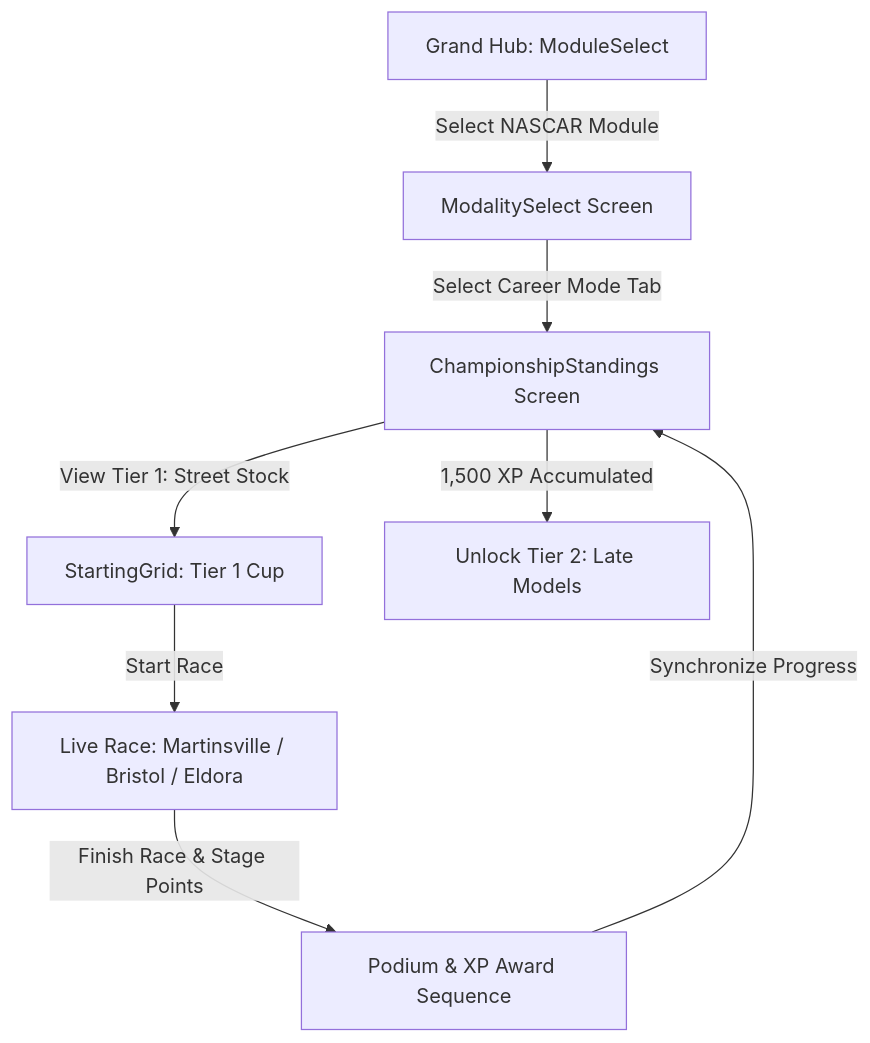
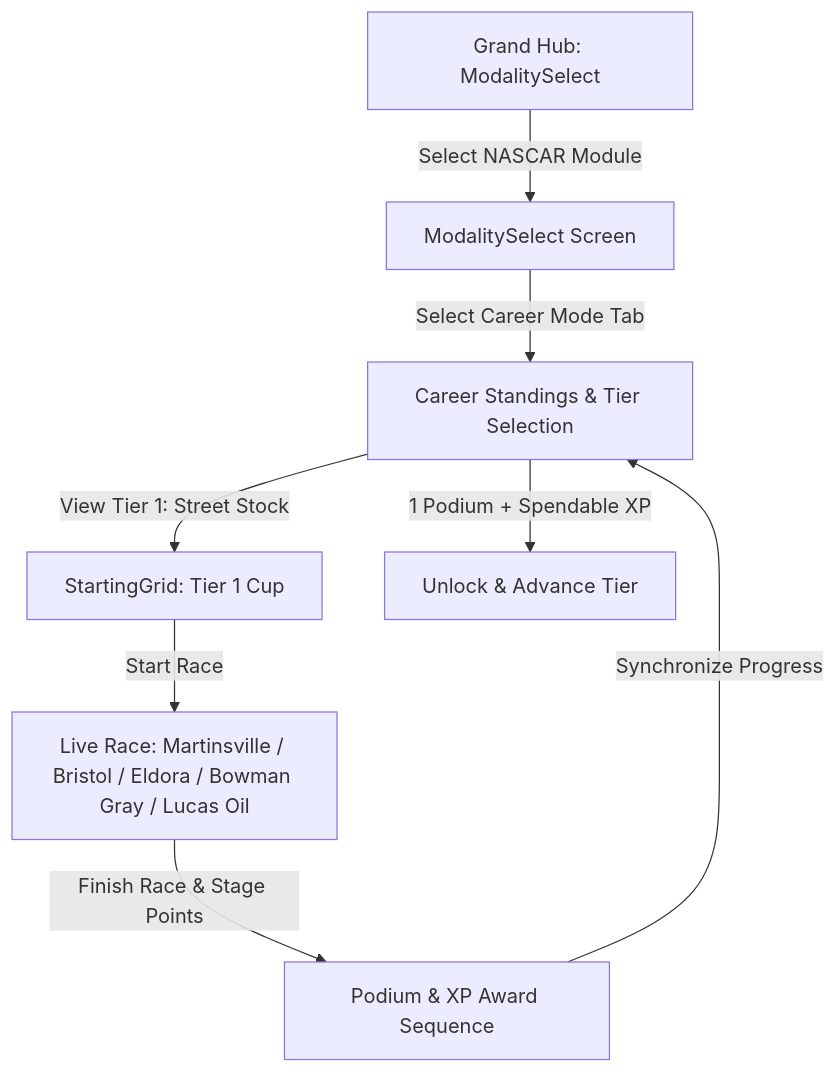
The diagram in specs/001_nascar_career_mode.md (magomar/tdrace), drawn with Mermaid before and after one commit. The commit also changed other lines of this file and 3 other files, not shown here.

Commit message:
feat(nascar): preserve championship tier in start_nascar_career_tier

````diff
--- a/specs/001_nascar_career_mode.md
+++ b/specs/001_nascar_career_mode.md
@@ -21,10 +21,10 @@
 ```mermaid
 flowchart TD
-    A[Grand Hub: ModuleSelect] -->|Select NASCAR Module| B[ModalitySelect Screen]
-    B -->|Select Career Mode Tab| C[ChampionshipStandings Screen]
+    A[Grand Hub: ModalitySelect] -->|Select NASCAR Module| B[ModalitySelect Screen]
+    B -->|Select Career Mode Tab| C[Career Standings & Tier Selection]
     C -->|View Tier 1: Street Stock| D[StartingGrid: Tier 1 Cup]
-    D -->|Start Race| E[Live Race: Martinsville / Bristol / Eldora]
+    D -->|Start Race| E[Live Race: Martinsville / Bristol / Eldora / Bowman Gray / Lucas Oil]
     E -->|Finish Race & Stage Points| F[Podium & XP Award Sequence]
     F -->|Synchronize Progress| C
-    C -->|1,500 XP Accumulated| G[Unlock Tier 2: Late Models]
+    C -->|1 Podium + Spendable XP| G[Unlock & Advance Tier]
 ```
````
